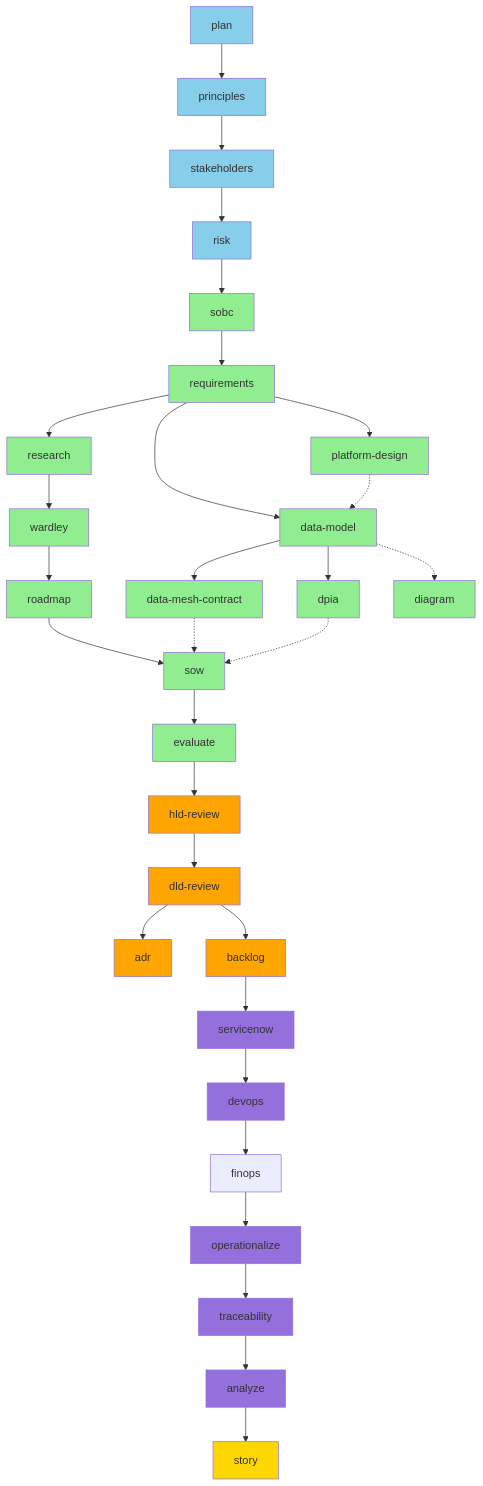
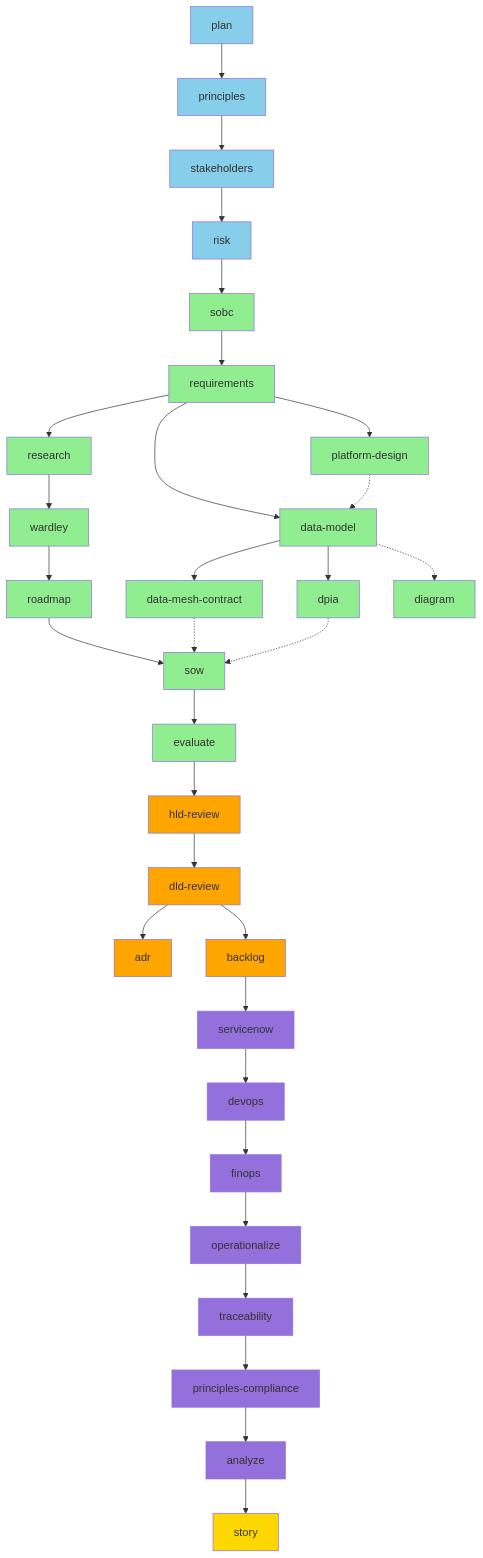
Before and after one commit to tractorjuice/arckit-test-project-v8-ons-data-platform: the first of 9 diagrams in WORKFLOW-DIAGRAMS.md, drawn with Mermaid. The commit also changed other lines of this file and 1 other file, not shown here.

Commit message:
chore: sync DEPENDENCY-MATRIX.md and WORKFLOW-DIAGRAMS.md from arc-kit

````diff
--- a/WORKFLOW-DIAGRAMS.md
+++ b/WORKFLOW-DIAGRAMS.md
@@ -21,74 +21,77 @@
 ```mermaid
 graph TD
     %% Tier 0-1: Foundation
     A[plan] --> B[principles]
     B --> C[stakeholders]
     C --> D[risk]
 
     %% Tier 2-3: Business Case & Requirements
     D --> E[sobc]
     E --> F[requirements]
 
     %% Tier 4: Strategy & Design
     F --> G[platform-design]
     F --> H[data-model]
     G -.-> H
     H --> I[data-mesh-contract]
     H --> J[dpia]
     F --> K[research]
     K --> L[wardley]
     L --> M[roadmap]
     H -.-> N[diagram]
 
     %% Tier 5: Procurement
     M --> O[sow]
     I -.-> O
     J -.-> O
     O --> P[evaluate]
 
     %% Tier 6: Design Reviews
     P --> Q[hld-review]
     Q --> R[dld-review]
     R --> S[adr]
 
     %% Tier 7: Implementation
     R --> T[backlog]
 
     %% Tier 8-9: Operations & Quality
     T --> U[servicenow]
     U --> U1[devops]
     U1 --> U1a[finops]
     U1a --> U2[operationalize]
     U2 --> V[traceability]
-    V --> W[analyze]
+    V --> V1[principles-compliance]
+    V1 --> W[analyze]
 
     %% Tier 11: Reporting
     W --> X[story]
 
     style A fill:#87CEEB
     style B fill:#87CEEB
     style C fill:#87CEEB
     style D fill:#87CEEB
     style E fill:#90EE90
     style F fill:#90EE90
     style G fill:#90EE90
     style H fill:#90EE90
     style I fill:#90EE90
     style J fill:#90EE90
     style K fill:#90EE90
     style L fill:#90EE90
     style M fill:#90EE90
     style N fill:#90EE90
     style O fill:#90EE90
     style P fill:#90EE90
     style Q fill:#FFA500
     style R fill:#FFA500
     style S fill:#FFA500
     style T fill:#FFA500
     style U fill:#9370DB
     style U1 fill:#9370DB
+    style U1a fill:#9370DB
     style U2 fill:#9370DB
     style V fill:#9370DB
+    style V1 fill:#9370DB
     style W fill:#9370DB
     style X fill:#FFD700
 ```
````
